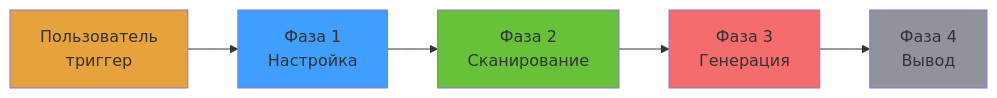
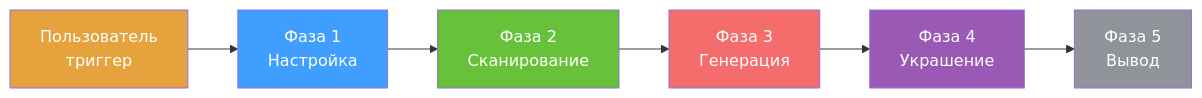
The first of 7 diagrams in README-ru.md (KieranGao/general-readme-skill), drawn with Mermaid before and after one commit. The commit also changed other lines of this file and 5 other files, not shown here.

````diff
--- a/README-ru.md
+++ b/README-ru.md
@@ -38,12 +38,14 @@
 ```mermaid
 graph LR
     A[Пользователь<br/>триггер] --> B[Фаза 1<br/>Настройка]
     B --> C[Фаза 2<br/>Сканирование]
     C --> D[Фаза 3<br/>Генерация]
-    D --> E[Фаза 4<br/>Вывод]
-    style A fill:#E6A23C
-    style B fill:#409EFF
-    style C fill:#67C23A
-    style D fill:#F56C6C
-    style E fill:#909399
+    D --> E[Фаза 4<br/>Украшение]
+    E --> F[Фаза 5<br/>Вывод]
+    style A fill:#E6A23C,color:#fff
+    style B fill:#409EFF,color:#fff
+    style C fill:#67C23A,color:#fff
+    style D fill:#F56C6C,color:#fff
+    style E fill:#9B59B6,color:#fff
+    style F fill:#909399,color:#fff
 ```
````
